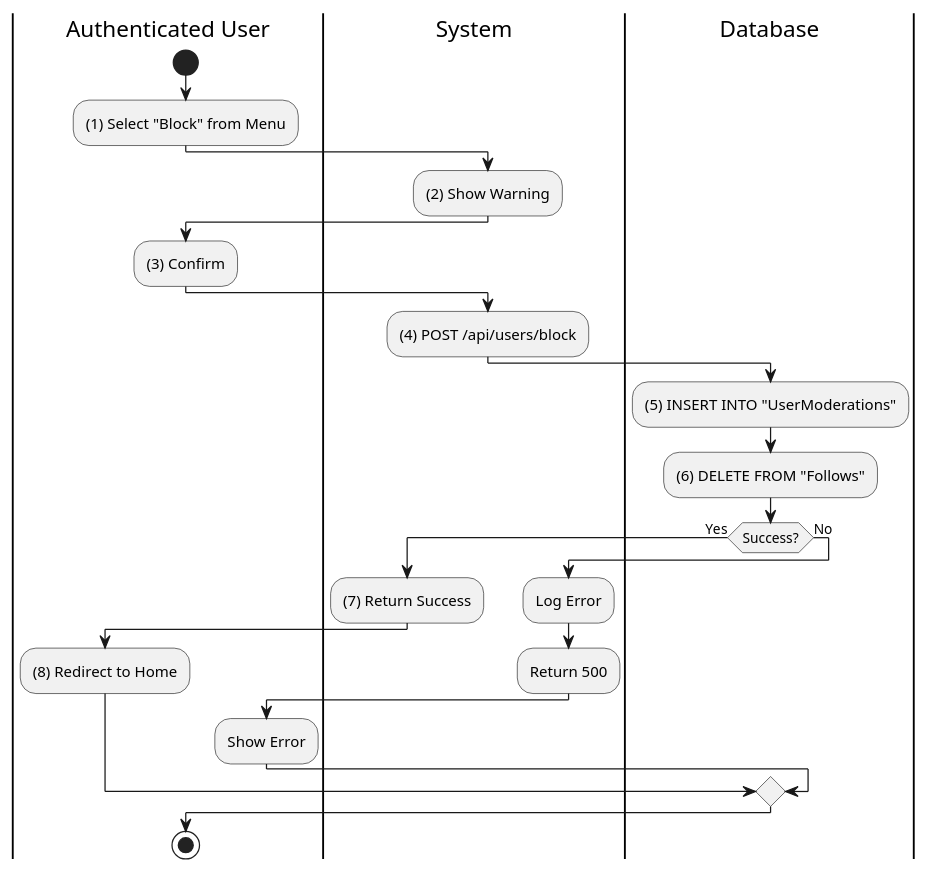
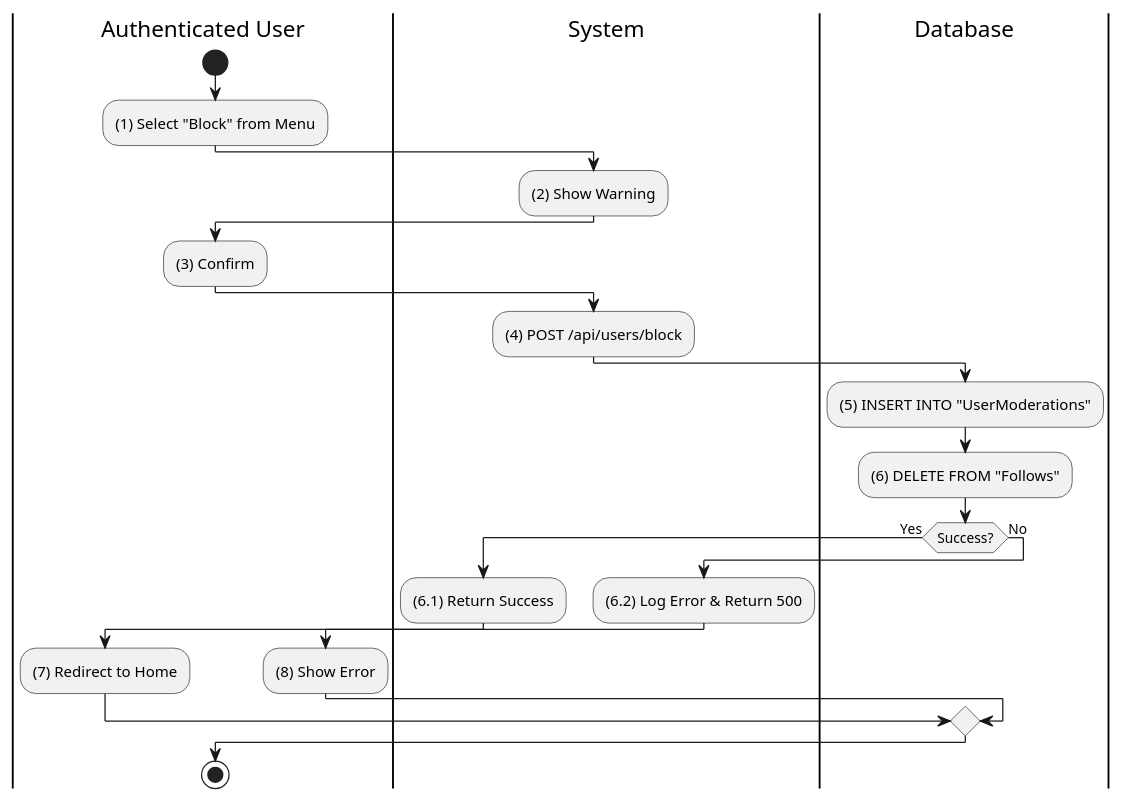
Before and after one commit to I-Love-U-3000/Favi-BE: the ninth of 14 diagrams in UC_2.1.6_Adjust_Friend.md, drawn with PlantUML. The commit also changed other lines of this file and 36 other files, not shown here.

````diff
--- a/UC_2.1.6_Adjust_Friend.md
+++ b/UC_2.1.6_Adjust_Friend.md
@@ -454,29 +390,28 @@
 ```plantuml
 @startuml
 |Authenticated User|
 start
 :(1) Select "Block" from Menu;
 |System|
 :(2) Show Warning;
 |Authenticated User|
 :(3) Confirm;
 |System|
 :(4) POST /api/users/block;
 |Database|
 :(5) INSERT INTO "UserModerations";
 :(6) DELETE FROM "Follows";
 if (Success?) then (Yes)
   |System|
-  :(7) Return Success;
+  :(6.1) Return Success;
   |Authenticated User|
-  :(8) Redirect to Home;
+  :(7) Redirect to Home;
 else (No)
   |System|
-  :Log Error;
-  :Return 500;
+  :(6.2) Log Error & Return 500;
   |Authenticated User|
-  :Show Error;
+  :(8) Show Error;
 endif
 stop
 @enduml
 ```
````
